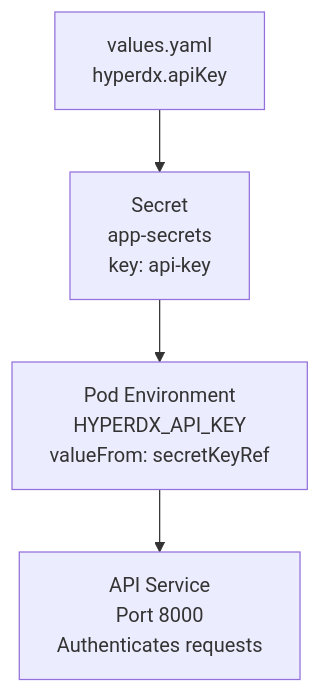
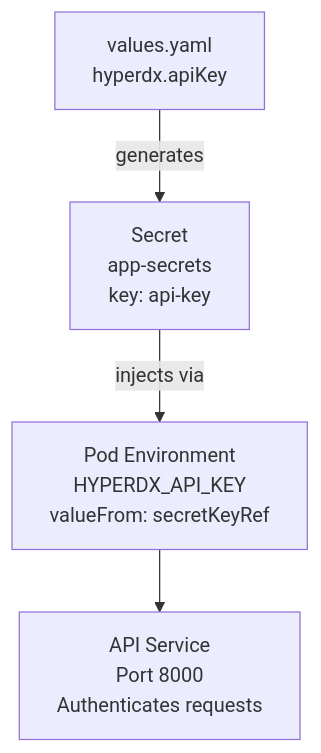
Before and after one commit to openchoreo/openchoreo: the third of 6 diagrams in docs/hyperdxio-helm-charts-docs/HyperDX-Application-Configuration.md, drawn with Mermaid. The commit also changed other lines of this file and 85 other files, not shown here.

Commit message:
feat: Add new workflow and specification templates, update Helm chart dependencies, and clarify documentation diagrams.

````diff
--- a/docs/hyperdxio-helm-charts-docs/HyperDX-Application-Configuration.md
+++ b/docs/hyperdxio-helm-charts-docs/HyperDX-Application-Configuration.md
@@ -199,12 +199,12 @@
 ```mermaid
 flowchart TD
 
 ValuesYAML["values.yaml<br>hyperdx.apiKey"]
 Secret["Secret<br>app-secrets<br>key: api-key"]
 PodEnv["Pod Environment<br>HYPERDX_API_KEY<br>valueFrom: secretKeyRef"]
 APIProcess["API Service<br>Port 8000<br>Authenticates requests"]
 
-ValuesYAML --> Secret
-Secret --> PodEnv
+ValuesYAML -->|"generates"| Secret
+Secret -->|"injects via"| PodEnv
 PodEnv --> APIProcess
 ```
````
